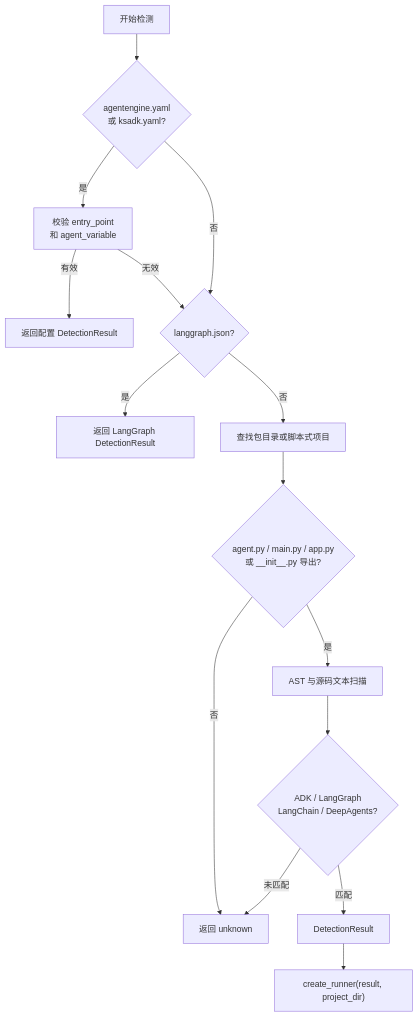
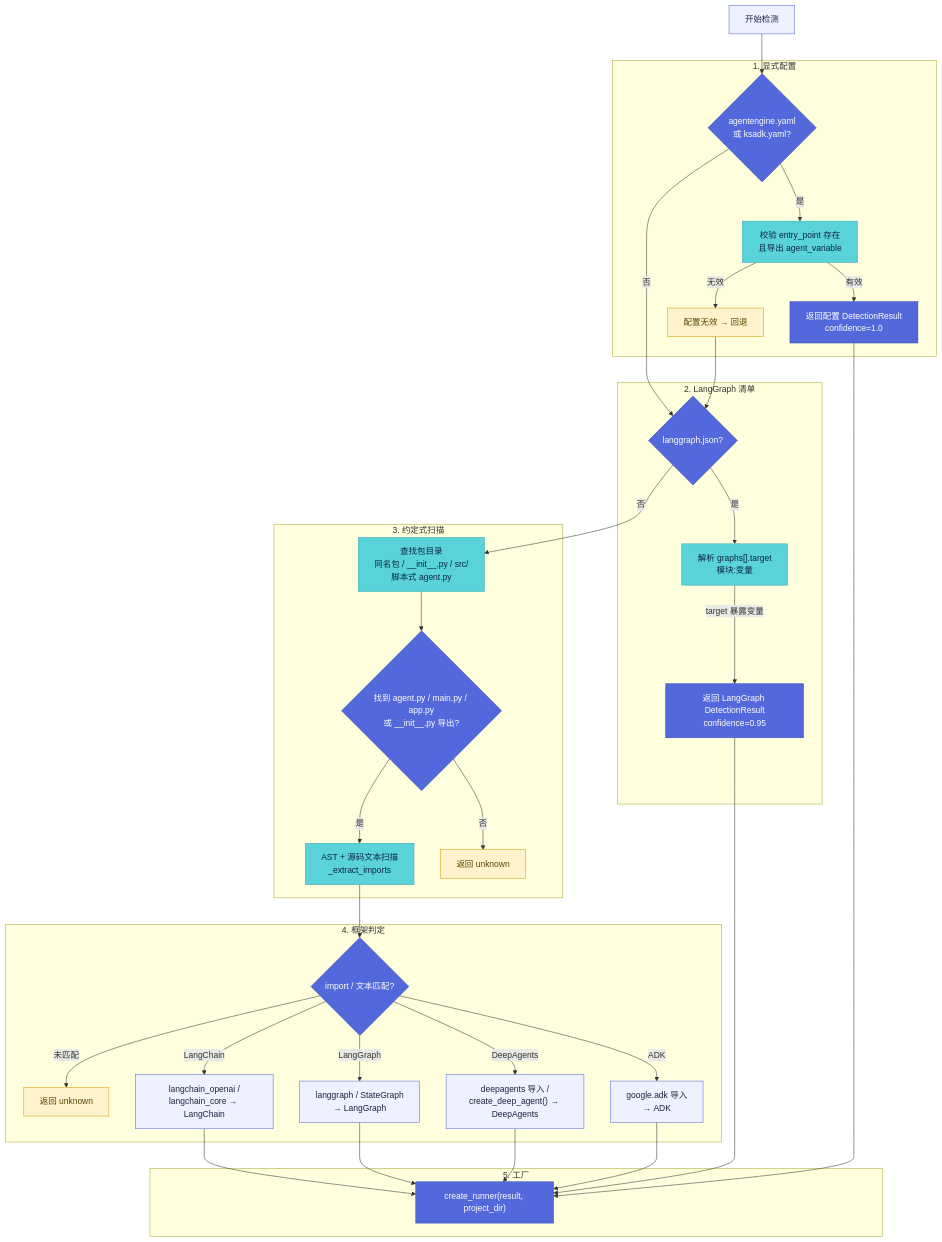
The second of 2 diagrams in docs-site/content/docs/framework/guides/frameworks.mdx (kingsoftcloud/ksadk-python), drawn with Mermaid before and after one commit. The commit also changed other lines of this file and 33 other files, not shown here.

````diff
--- a/docs-site/content/docs/framework/guides/frameworks.mdx
+++ b/docs-site/content/docs/framework/guides/frameworks.mdx
@@ -188,17 +227,67 @@
 ```mermaid
 flowchart TD
-  Start["开始检测"] --> Explicit{"agentengine.yaml<br/>或 ksadk.yaml?"}
-  Explicit -->|是| Validate["校验 entry_point<br/>和 agent_variable"]
-  Validate -->|有效| ConfigResult["返回配置 DetectionResult"]
-  Validate -->|无效| LangGraphJson{"langgraph.json?"}
-  Explicit -->|否| LangGraphJson
-  LangGraphJson -->|是| LangGraphResult["返回 LangGraph DetectionResult"]
-  LangGraphJson -->|否| Package["查找包目录或脚本式项目"]
-  Package --> AgentFile{"agent.py / main.py / app.py<br/>或 __init__.py 导出?"}
-  AgentFile -->|否| Unknown["返回 unknown"]
-  AgentFile -->|是| StaticScan["AST 与源码文本扫描"]
-  StaticScan --> Kind{"ADK / LangGraph<br/>LangChain / DeepAgents?"}
-  Kind -->|匹配| Result["DetectionResult"]
-  Kind -->|未匹配| Unknown
-  Result --> Factory["create_runner(result, project_dir)"]
+  classDef brandNode fill:#5368db,stroke:#3a4fb5,color:#fff,stroke-width:1px
+  classDef brandAccent fill:#59d3d9,stroke:#3fa9af,color:#0a2540,stroke-width:1px
+  classDef inputNode fill:#eef1ff,stroke:#5368db,color:#1a2240,stroke-width:1px
+  classDef warnNode fill:#fff3cd,stroke:#d39e00,color:#5a4500,stroke-width:1px
+
+  Start["开始检测"]:::inputNode
+
+  subgraph S1["1. 显式配置"]
+    Explicit{"agentengine.yaml<br/>或 ksadk.yaml?"}:::brandNode
+    Validate["校验 entry_point 存在<br/>且导出 agent_variable"]:::brandAccent
+    ConfigResult["返回配置 DetectionResult<br/>confidence=1.0"]:::brandNode
+    ConfigInvalid["配置无效 → 回退"]:::warnNode
+  end
+
+  subgraph S2["2. LangGraph 清单"]
+    LangGraphJson{"langgraph.json?"}:::brandNode
+    GraphTarget["解析 graphs[].target<br/>模块:变量"]:::brandAccent
+    LangGraphResult["返回 LangGraph DetectionResult<br/>confidence=0.95"]:::brandNode
+  end
+
+  subgraph S3["3. 约定式扫描"]
+    Package["查找包目录<br/>同名包 / __init__.py / src/<br/>脚本式 agent.py"]:::brandAccent
+    AgentFile{"找到 agent.py / main.py / app.py<br/>或 __init__.py 导出?"}:::brandNode
+    Unknown1["返回 unknown"]:::warnNode
+    StaticScan["AST + 源码文本扫描<br/>_extract_imports"]:::brandAccent
+  end
+
+  subgraph S4["4. 框架判定"]
+    Kind{"import / 文本匹配?"}:::brandNode
+    IsADK["google.adk 导入<br/>→ ADK"]:::inputNode
+    IsDeep["deepagents 导入 /<br/>create_deep_agent() → DeepAgents"]:::inputNode
+    IsLG["langgraph / StateGraph<br/>→ LangGraph"]:::inputNode
+    IsLC["langchain_openai /<br/>langchain_core → LangChain"]:::inputNode
+    Unknown2["返回 unknown"]:::warnNode
+  end
+
+  subgraph S5["5. 工厂"]
+    Factory["create_runner(result, project_dir)"]:::brandNode
+  end
+
+  Start --> Explicit
+  Explicit -->|"是"| Validate
+  Validate -->|"有效"| ConfigResult
+  Validate -->|"无效"| ConfigInvalid
+  ConfigInvalid --> LangGraphJson
+  Explicit -->|"否"| LangGraphJson
+  LangGraphJson -->|"是"| GraphTarget
+  GraphTarget -->|"target 暴露变量"| LangGraphResult
+  LangGraphJson -->|"否"| Package
+  LangGraphResult --> Factory
+  ConfigResult --> Factory
+  Package --> AgentFile
+  AgentFile -->|"否"| Unknown1
+  AgentFile -->|"是"| StaticScan
+  StaticScan --> Kind
+  Kind -->|"ADK"| IsADK
+  Kind -->|"DeepAgents"| IsDeep
+  Kind -->|"LangGraph"| IsLG
+  Kind -->|"LangChain"| IsLC
+  Kind -->|"未匹配"| Unknown2
+  IsADK --> Factory
+  IsDeep --> Factory
+  IsLG --> Factory
+  IsLC --> Factory
 ```
````
